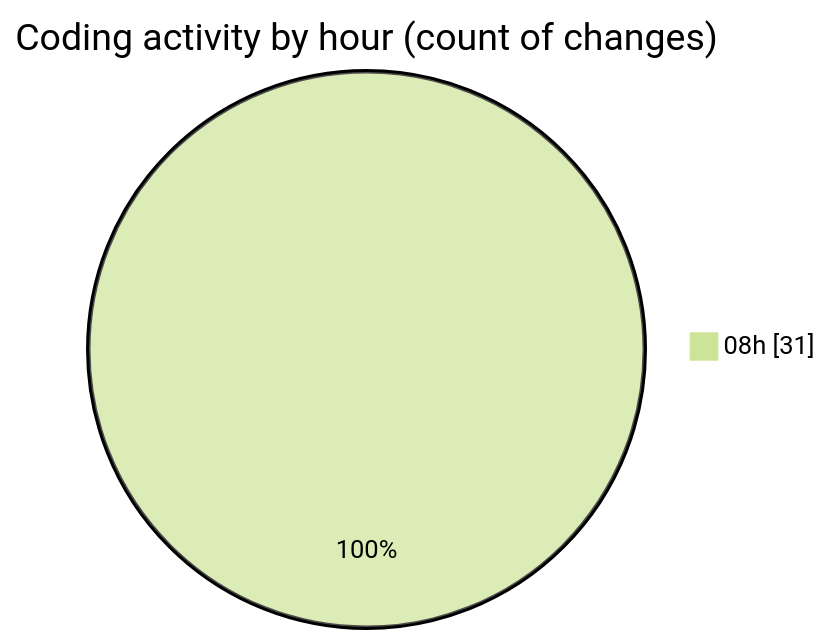
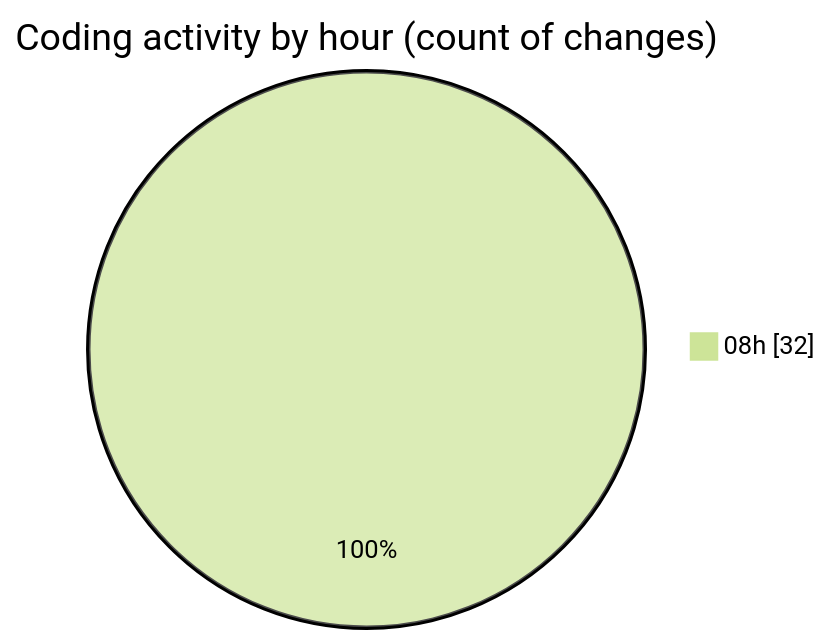
One commit to robertbonfada/code-tracking changed the second of 2 diagrams in 2025-01-27/mbc-web/README.md. Above: the diagram before and after it, drawn with Mermaid (forest theme). The commit also changed other lines of this file and 1 other file, not shown here.

````diff
--- a/2025-01-27/mbc-web/README.md
+++ b/2025-01-27/mbc-web/README.md
@@ -39,5 +39,5 @@
 ```mermaid
 pie showData
 title Coding activity by hour (count of changes)
-"08h" : 31
+"08h" : 32
 ```
````
